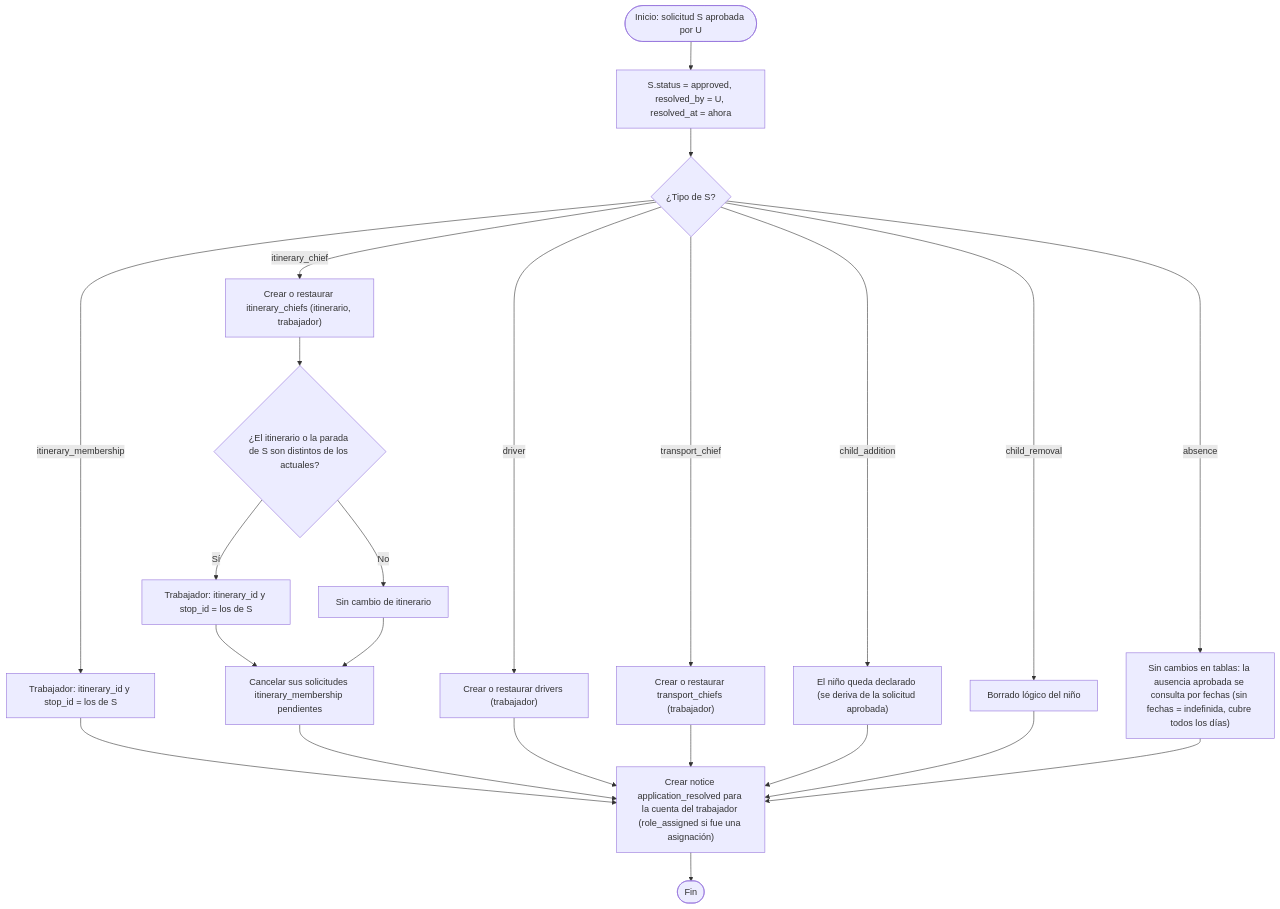
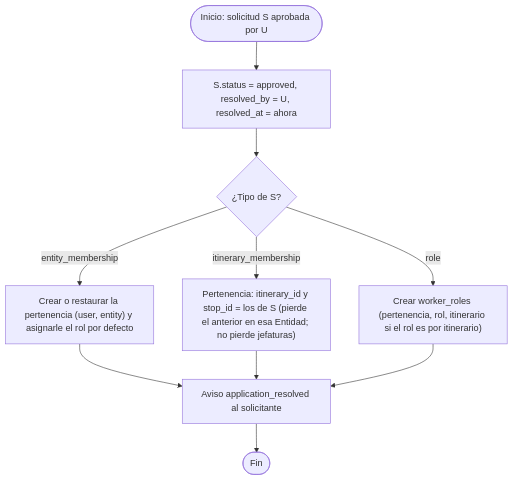
The seventh of 37 diagrams in docs/07-algoritmos.md (maicolalmaralestamayo/MiRuta), drawn with Mermaid before and after one commit. The commit also changed other lines of this file and 37 other files, not shown here.

````diff
--- a/docs/07-algoritmos.md
+++ b/docs/07-algoritmos.md
@@ -196,25 +200,12 @@
 ```mermaid
 flowchart TD
     A(["Inicio: solicitud S aprobada por U"]) --> B["S.status = approved, resolved_by = U, resolved_at = ahora"]
     B --> C{"¿Tipo de S?"}
-    C -->|itinerary_membership| D["Trabajador: itinerary_id y stop_id = los de S"]
-    C -->|itinerary_chief| E["Crear o restaurar itinerary_chiefs (itinerario, trabajador)"]
-    E --> E2{"¿El itinerario o la parada de S son distintos de los actuales?"}
-    E2 -->|Sí| E3["Trabajador: itinerary_id y stop_id = los de S"]
-    E2 -->|No| E4["Sin cambio de itinerario"]
-    E3 --> E5["Cancelar sus solicitudes itinerary_membership pendientes"]
-    E4 --> E5
-    C -->|driver| F["Crear o restaurar drivers (trabajador)"]
-    C -->|transport_chief| G["Crear o restaurar transport_chiefs (trabajador)"]
-    C -->|child_addition| I["El niño queda declarado (se deriva de la solicitud aprobada)"]
-    C -->|child_removal| J["Borrado lógico del niño"]
-    C -->|absence| K["Sin cambios en tablas: la ausencia aprobada se consulta por fechas (sin fechas = indefinida, cubre todos los días)"]
-    D --> N["Crear notice application_resolved para la cuenta del trabajador (role_assigned si fue una asignación)"]
-    E5 --> N
+    C -->|entity_membership| D["Crear o restaurar la pertenencia (user, entity) y asignarle el rol por defecto"]
+    C -->|itinerary_membership| E["Pertenencia: itinerary_id y stop_id = los de S (pierde el anterior en esa Entidad; no pierde jefaturas)"]
+    C -->|role| F["Crear worker_roles (pertenencia, rol, itinerario si el rol es por itinerario)"]
+    D --> N["Aviso application_resolved al solicitante"]
+    E --> N
     F --> N
-    G --> N
-    I --> N
-    J --> N
-    K --> N
     N --> Z(["Fin"])
 ```
````
